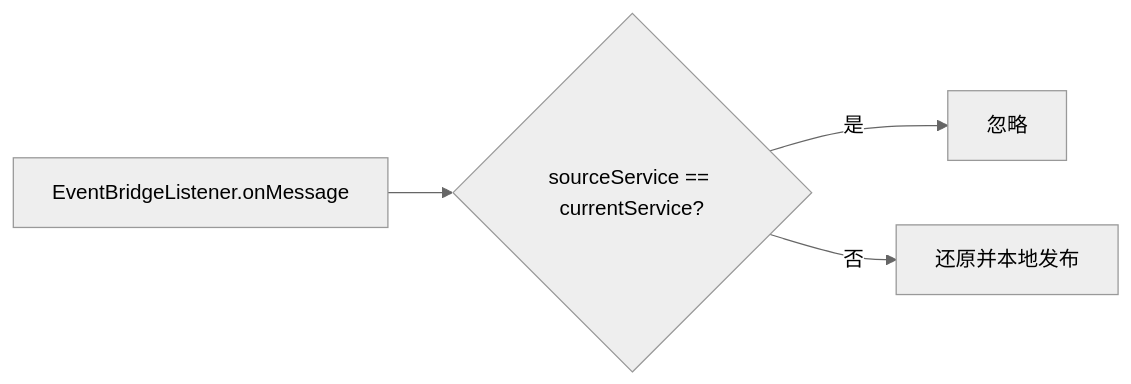
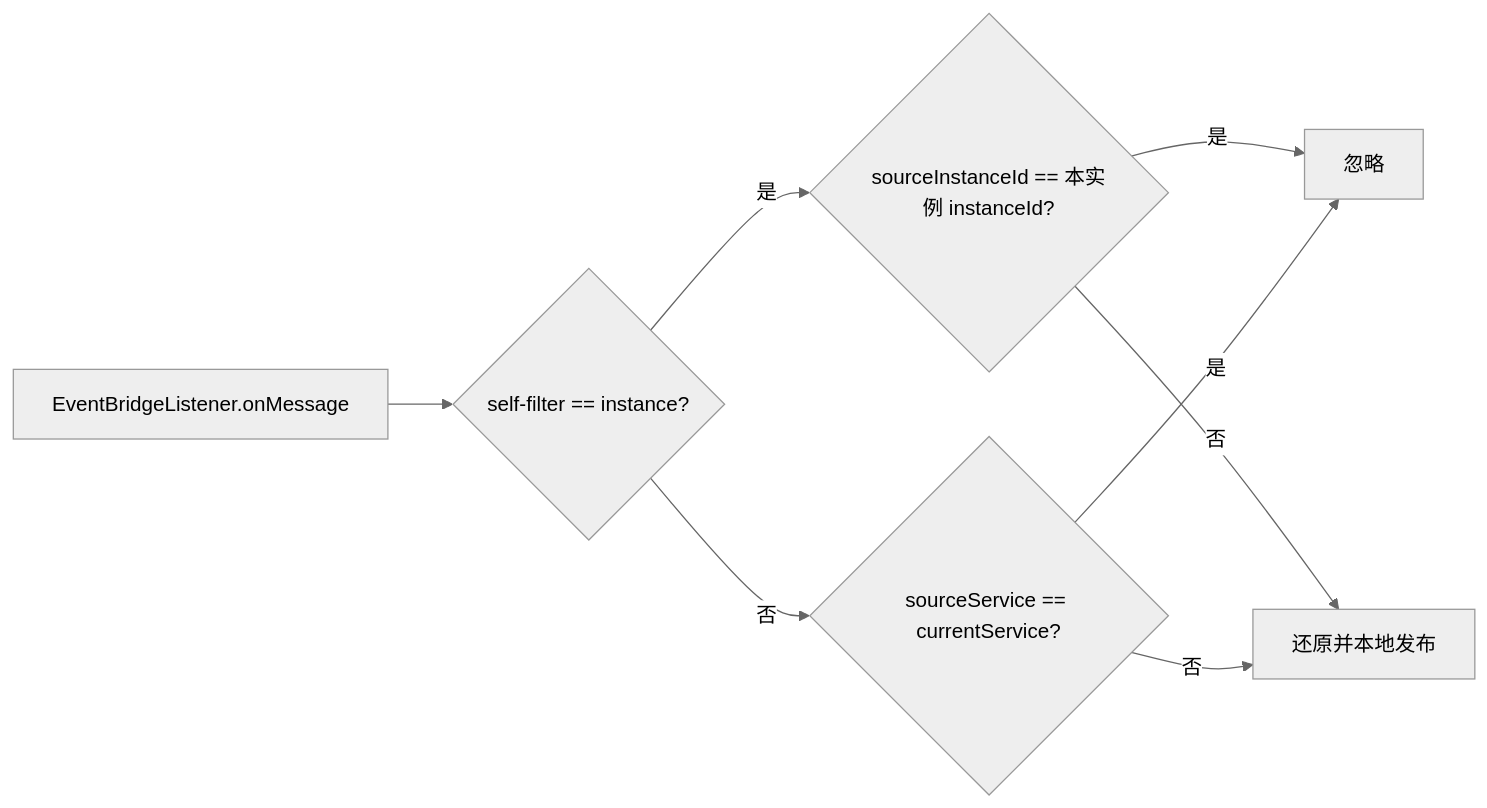
Before and after one commit to douhao4648/frame-me-parent: the fifth of 6 diagrams in docs/guides/event-bridge.md, drawn with Mermaid (neutral theme). The commit also changed other lines of this file and 20 other files, not shown here.

````diff
--- a/docs/guides/event-bridge.md
+++ b/docs/guides/event-bridge.md
@@ -121,6 +126,10 @@
 ```mermaid
 graph LR
-    A[EventBridgeListener.onMessage] --> B{sourceService == currentService?}
-    B -->|是| C[忽略]
-    B -->|否| D[还原并本地发布]
+    A[EventBridgeListener.onMessage] --> B{self-filter == instance?}
+    B -->|是| C{sourceInstanceId == 本实例 instanceId?}
+    B -->|否| D{sourceService == currentService?}
+    C -->|是| E[忽略]
+    C -->|否| F[还原并本地发布]
+    D -->|是| E
+    D -->|否| F
 ```
````
